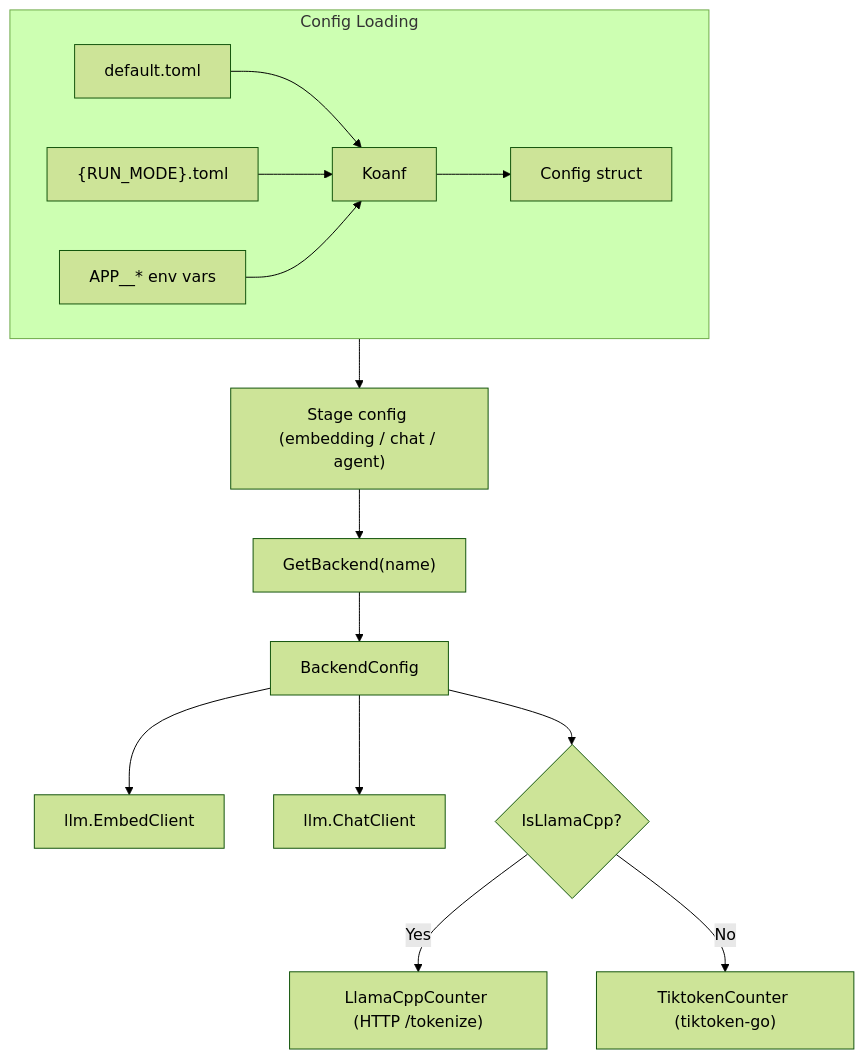
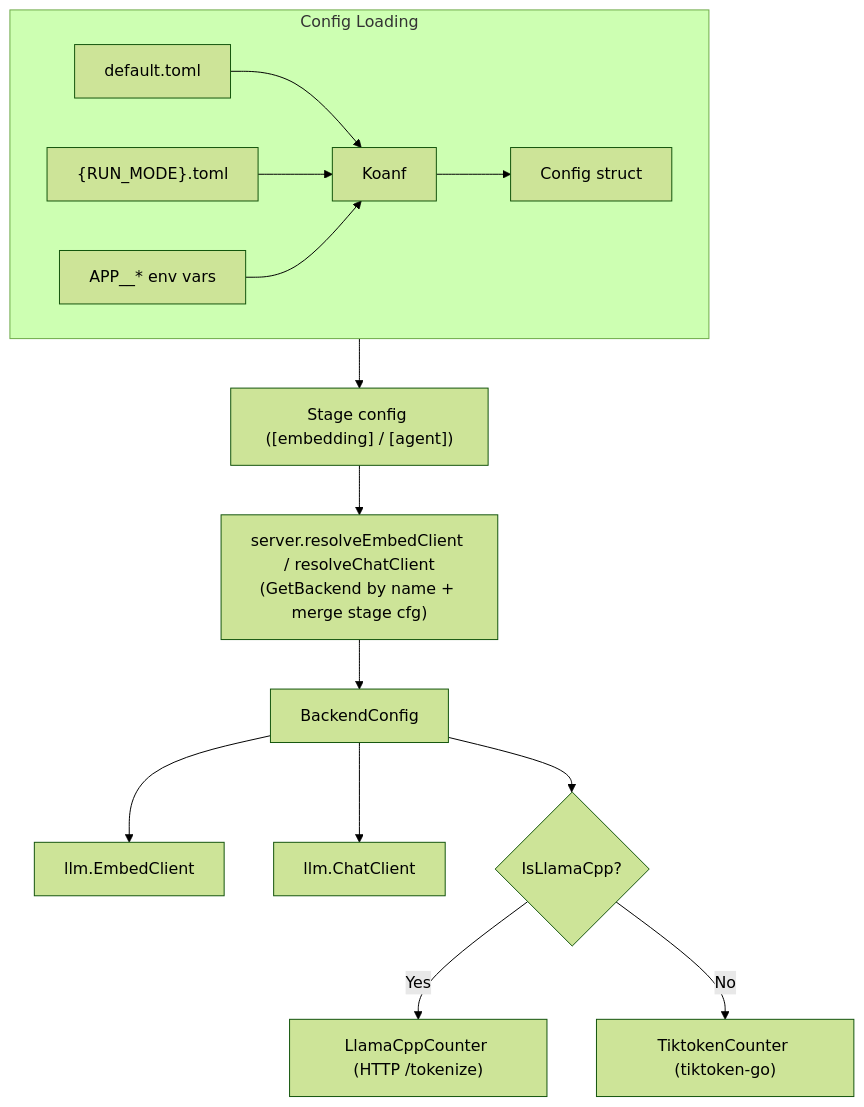
One commit to klnstprx/etsi-rag changed the sixth of 8 diagrams in docs/diagrams.md. Above: the diagram before and after it, drawn with Mermaid (forest theme). The commit also changed other lines of this file and 3 other files, not shown here.

````diff
--- a/docs/diagrams.md
+++ b/docs/diagrams.md
@@ -186,18 +190,18 @@
 ```mermaid
 flowchart TD
     subgraph Loading["Config Loading"]
         direction LR
         Default["default.toml"] & EnvToml["{RUN_MODE}.toml"] & EnvVars["APP__* env vars"] --> Koanf
         Koanf --> Config["Config struct"]
     end
 
-    Config --> Stage["Stage config (embedding / chat / agent)"]
-    Stage --> Resolve["GetBackend(name)"]
+    Config --> Stage["Stage config ([embedding] / [agent])"]
+    Stage --> Resolve["server.resolveEmbedClient / resolveChatClient<br/>(GetBackend by name + merge stage cfg)"]
     Resolve --> Backend["BackendConfig"]
 
     Backend --> EmbedClient["llm.EmbedClient"]
     Backend --> ChatClient["llm.ChatClient"]
     Backend --> Counter{"IsLlamaCpp?"}
     Counter -->|"Yes"| LlamaCounter["LlamaCppCounter (HTTP /tokenize)"]
     Counter -->|"No"| Tiktoken["TiktokenCounter (tiktoken-go)"]
 ```
````
